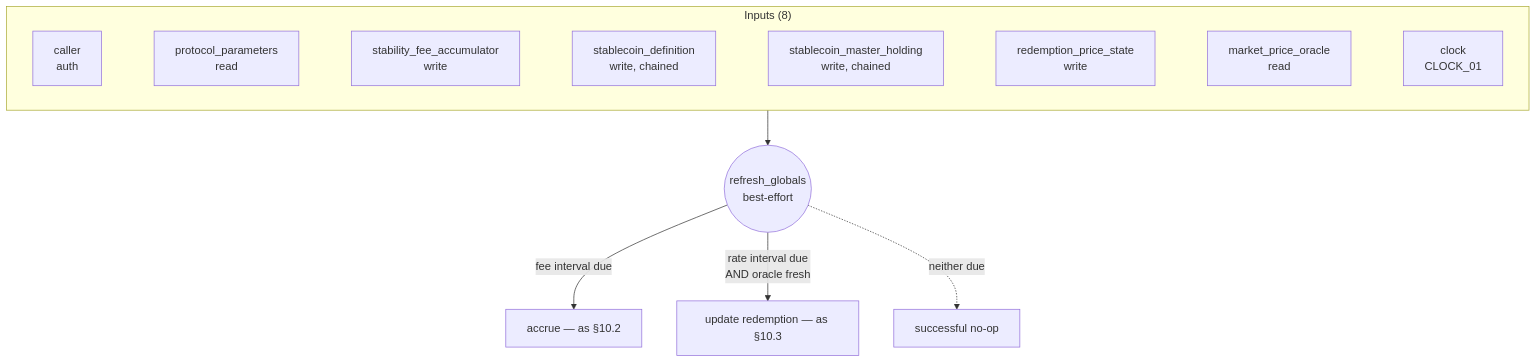
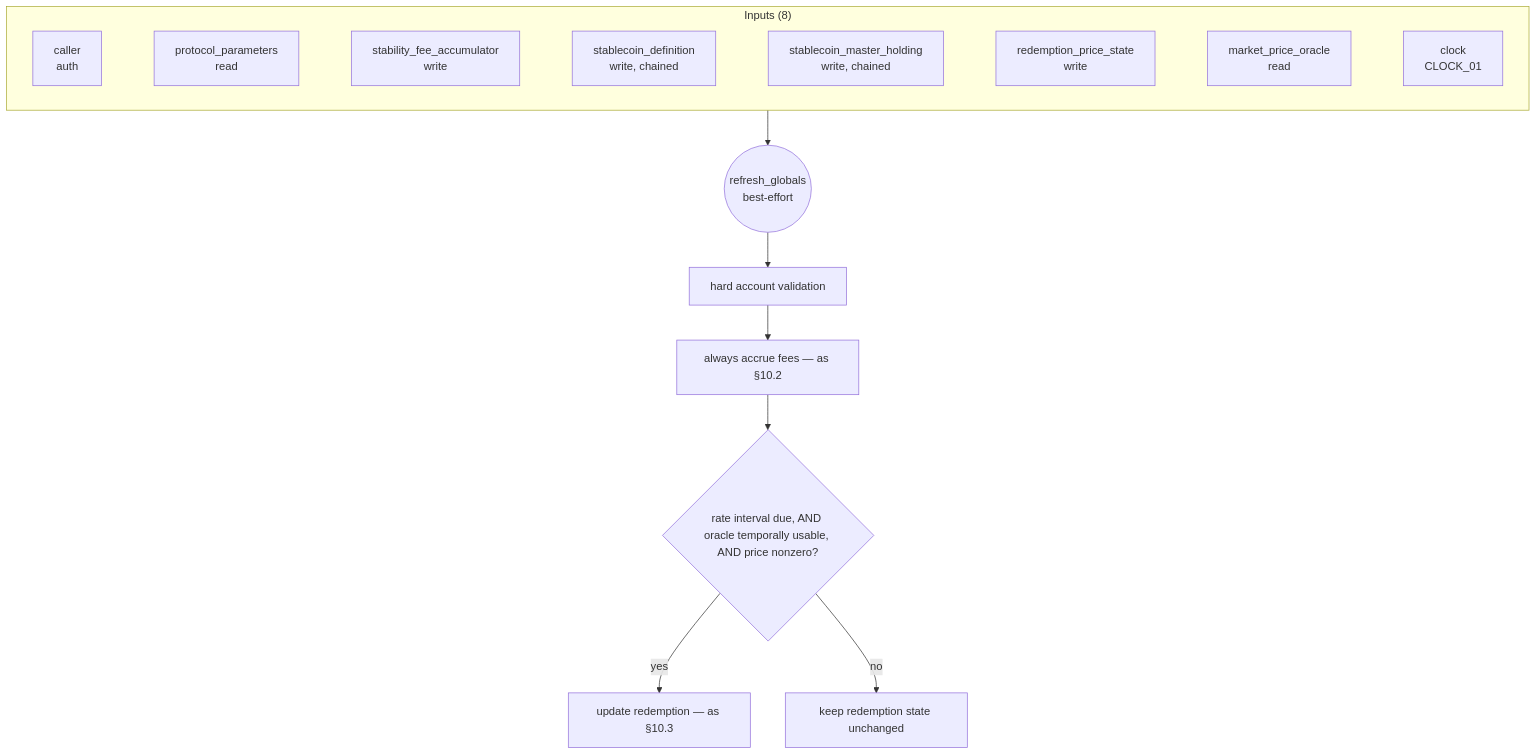
The sixth of 15 diagrams in docs/stablecoin/README.md (logos-blockchain/lez-programs), drawn with Mermaid before and after one commit. The commit also changed other lines of this file and 13 other files, not shown here.

````diff
--- a/docs/stablecoin/README.md
+++ b/docs/stablecoin/README.md
@@ -928,10 +949,12 @@
 ```mermaid
 flowchart TD
     subgraph In["Inputs (8)"]
         a1[caller<br/>auth] ~~~ a2[protocol_parameters<br/>read] ~~~ a3[stability_fee_accumulator<br/>write] ~~~ a4[stablecoin_definition<br/>write, chained] ~~~ a5[stablecoin_master_holding<br/>write, chained] ~~~ a6[redemption_price_state<br/>write] ~~~ a7[market_price_oracle<br/>read] ~~~ a8[clock<br/>CLOCK_01]
     end
     In --> Ins((refresh_globals<br/>best-effort))
-    Ins -->|fee interval due| F[accrue — as §10.2]
-    Ins -->|rate interval due<br/>AND oracle fresh| R[update redemption — as §10.3]
-    Ins -.->|neither due| N[successful no-op]
+    Ins --> V[hard account validation]
+    V --> F[always accrue fees — as §10.2]
+    F --> G{rate interval due, AND oracle temporally usable, AND price nonzero?}
+    G -->|yes| R[update redemption — as §10.3]
+    G -->|no| N[keep redemption state unchanged]
 ```
````
